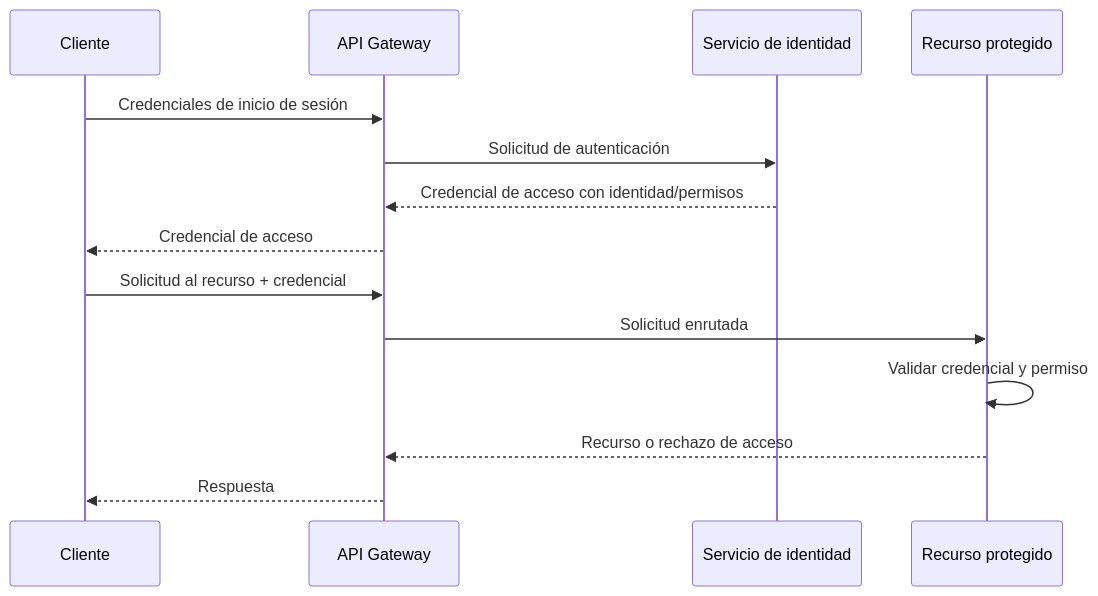
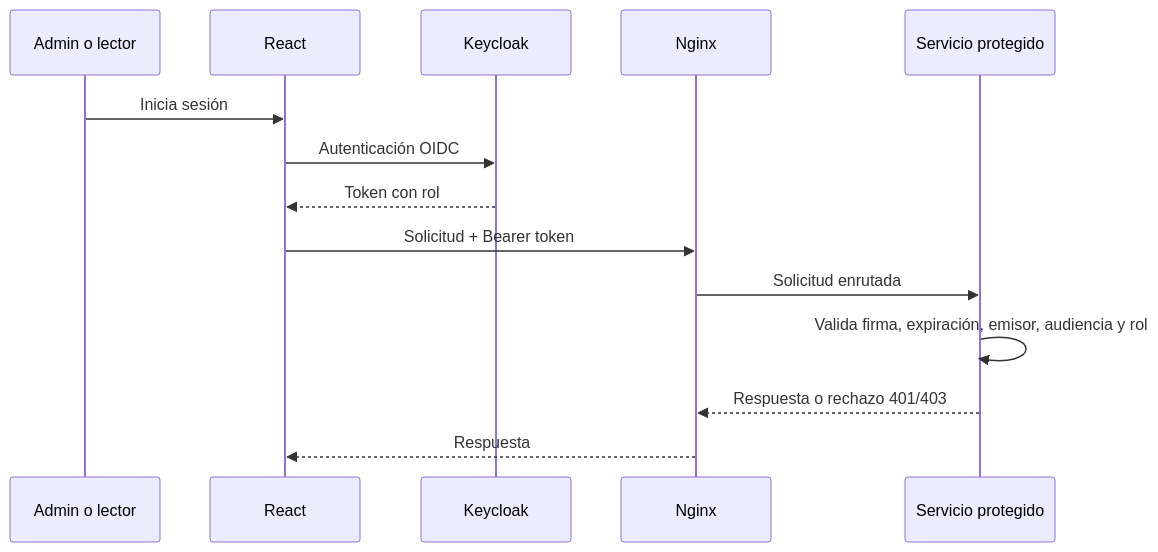
Before and after one commit to ParcheEnGit/seguridad-microservicios: the diagram in docs/arquitectura.md, drawn with Mermaid. The commit also changed other lines of this file, not shown here.

Commit message:
chore: actualizar documentación de arquitectura con componentes aprobados y flujo principal

````diff
--- a/docs/arquitectura.md
+++ b/docs/arquitectura.md
@@ -14,17 +18,17 @@
 ```mermaid
 sequenceDiagram
-    participant C as Cliente
-    participant G as API Gateway
-    participant I as Servicio de identidad
-    participant R as Recurso protegido
+    participant U as Admin o lector
+    participant F as React
+    participant K as Keycloak
+    participant G as Nginx
+    participant S as Servicio protegido
 
-    C->>G: Credenciales de inicio de sesión
-    G->>I: Solicitud de autenticación
-    I-->>G: Credencial de acceso con identidad/permisos
-    G-->>C: Credencial de acceso
-    C->>G: Solicitud al recurso + credencial
-    G->>R: Solicitud enrutada
-    R->>R: Validar credencial y permiso
-    R-->>G: Recurso o rechazo de acceso
-    G-->>C: Respuesta
+    U->>F: Inicia sesión
+    F->>K: Autenticación OIDC
+    K-->>F: Token con rol
+    F->>G: Solicitud + Bearer token
+    G->>S: Solicitud enrutada
+    S->>S: Valida firma, expiración, emisor, audiencia y rol
+    S-->>G: Respuesta o rechazo 401/403
+    G-->>F: Respuesta
 ```
````
